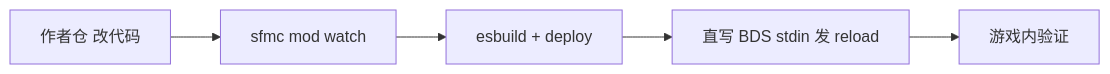
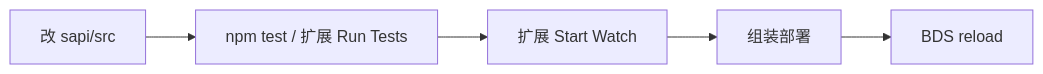
Before and after one commit to DogeLakeDev/ScriptsForMinecraftServer: the diagram in docs/dev/module-author.md, drawn with Mermaid. The commit also changed other lines of this file and 47 other files, not shown here.

````diff
--- a/docs/dev/module-author.md
+++ b/docs/dev/module-author.md
@@ -45,7 +45,7 @@
 ```mermaid
 flowchart LR
-  A[作者仓 改代码] --> B[sfmc mod watch]
-  B --> C[esbuild + deploy]
-  C --> D[直写 BDS stdin 发 reload]
-  D --> E[游戏内验证]
+  A[改 sapi/src] --> B[npm test / 扩展 Run Tests]
+  B --> C[扩展 Start Watch]
+  C --> D[组装部署]
+  D --> E[BDS reload]
 ```
````
